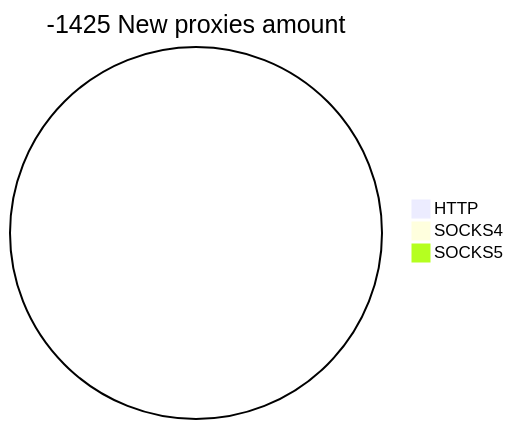
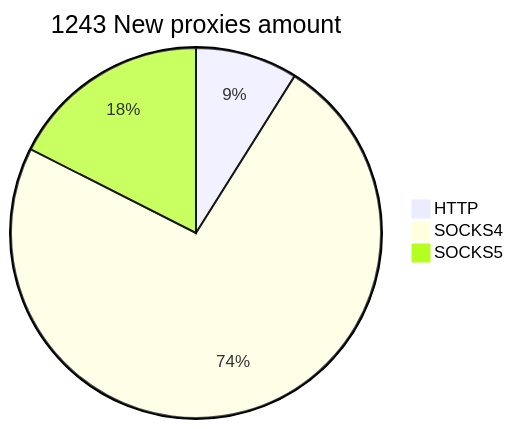
One commit to cutipu/proxylist changed the second of 2 diagrams in README.md. Above: the diagram before and after it, drawn with Mermaid. The commit also changed other lines of this file, not shown here.

````diff
--- a/README.md
+++ b/README.md
@@ -10,6 +10,6 @@
 ```mermaid
-pie title -1425 New proxies amount
-    "HTTP" : 0
-    "SOCKS4" : 0
-    "SOCKS5" : 0
+pie title 1243 New proxies amount
+    "HTTP" : 111
+    "SOCKS4" : 914
+    "SOCKS5" : 218
 ```
````
